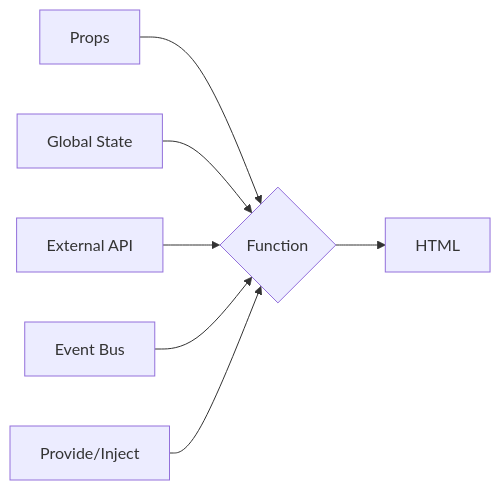
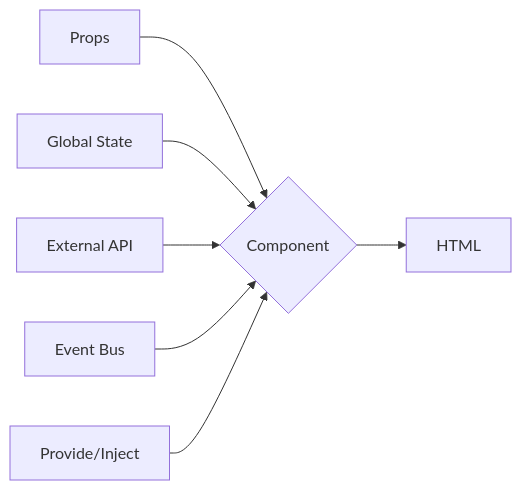
Before and after one commit to lindsaykwardell/vgs-functional-programming: the eighth of 12 diagrams in slides.md, drawn with Mermaid. The commit also changed other lines of this file and 1 other file, not shown here.

````diff
--- a/slides.md
+++ b/slides.md
@@ -479,9 +534,9 @@
 ```mermaid
 flowchart LR
-    Props --> Function
-    state[Global State] --> Function
-    api[External API] --> Function
-    bus[Event Bus] --> Function
-    provide[Provide/Inject] --> Function
-    Function{Function} --> HTML
+    Props --> Component
+    state[Global State] --> Component
+    api[External API] --> Component
+    bus[Event Bus] --> Component
+    provide[Provide/Inject] --> Component
+    Component{Component} --> HTML
 ```
````
